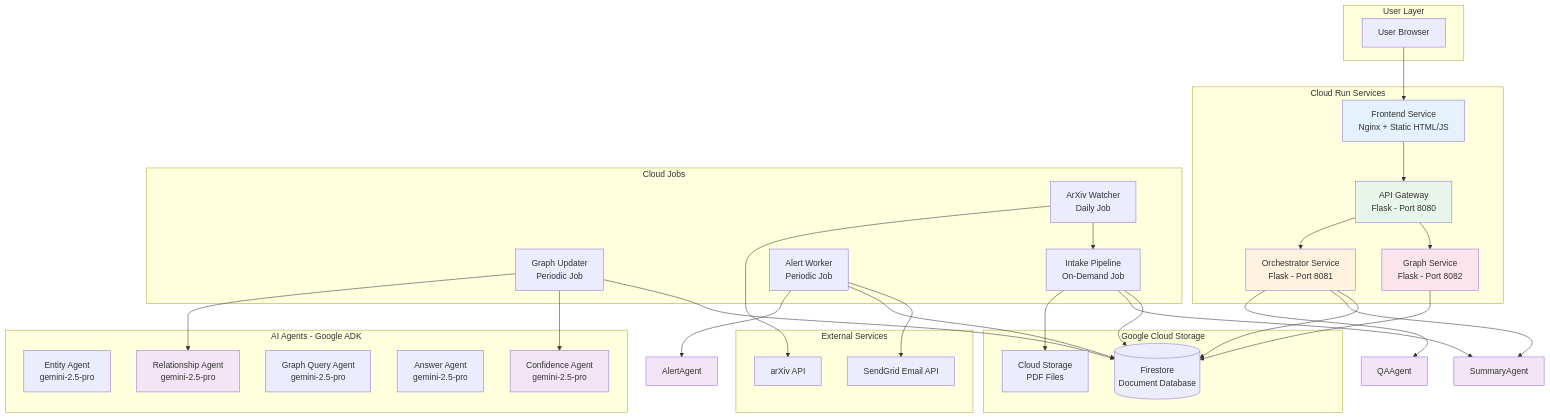
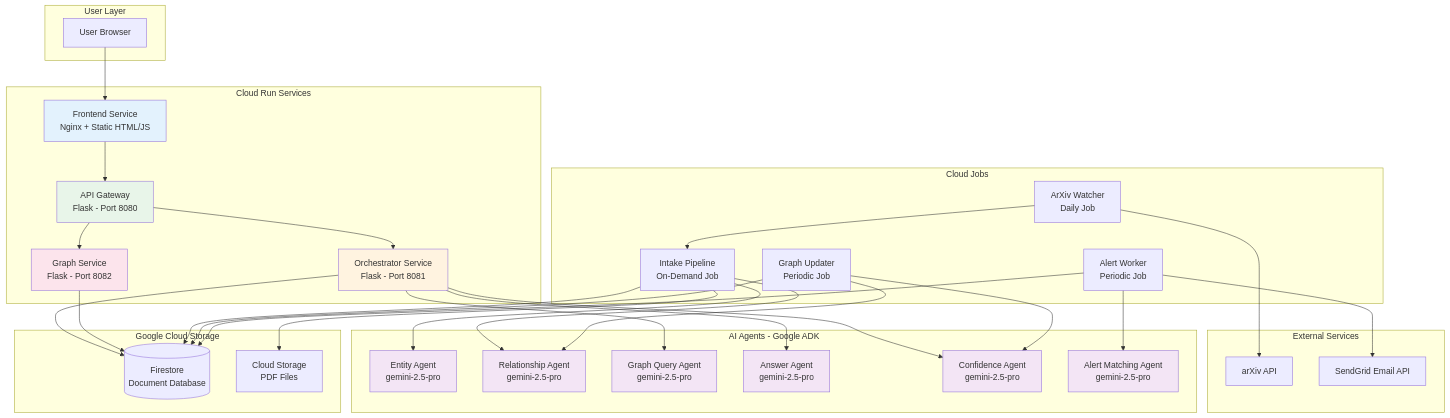
The first of 8 diagrams in ARCHITECTURE.md (kar-ganap/research-intelligence-agents), drawn with Mermaid before and after one commit. The commit also changed other lines of this file and 31 other files, not shown here.

````diff
--- a/ARCHITECTURE.md
+++ b/ARCHITECTURE.md
@@ -9,74 +9,78 @@
 ```mermaid
 graph TB
     subgraph "User Layer"
         User[User Browser]
     end
 
     subgraph "Cloud Run Services"
         Frontend[Frontend Service<br/>Nginx + Static HTML/JS]
         APIGateway[API Gateway<br/>Flask - Port 8080]
         Orchestrator[Orchestrator Service<br/>Flask - Port 8081]
         GraphService[Graph Service<br/>Flask - Port 8082]
     end
 
     subgraph "Cloud Jobs"
         ArxivWatcher[ArXiv Watcher<br/>Daily Job]
         GraphUpdater[Graph Updater<br/>Periodic Job]
         IntakePipeline[Intake Pipeline<br/>On-Demand Job]
         AlertWorker[Alert Worker<br/>Periodic Job]
     end
 
     subgraph "Google Cloud Storage"
         Firestore[(Firestore<br/>Document Database)]
         CloudStorage[Cloud Storage<br/>PDF Files]
     end
 
     subgraph "AI Agents - Google ADK"
         EntityAgent[Entity Agent<br/>gemini-2.5-pro]
         RelAgent[Relationship Agent<br/>gemini-2.5-pro]
         GraphQueryAgent[Graph Query Agent<br/>gemini-2.5-pro]
         AnswerAgent[Answer Agent<br/>gemini-2.5-pro]
         ConfAgent[Confidence Agent<br/>gemini-2.5-pro]
+        AlertAgent[Alert Matching Agent<br/>gemini-2.5-pro]
     end
 
     subgraph "External Services"
         ArxivAPI[arXiv API]
         SendGrid[SendGrid Email API]
     end
 
     User --> Frontend
     Frontend --> APIGateway
     APIGateway --> Orchestrator
     APIGateway --> GraphService
 
-    Orchestrator --> QAAgent
-    Orchestrator --> SummaryAgent
+    Orchestrator --> AnswerAgent
+    Orchestrator --> ConfAgent
+    Orchestrator --> GraphQueryAgent
     Orchestrator --> Firestore
 
     GraphService --> Firestore
 
     ArxivWatcher --> ArxivAPI
     ArxivWatcher --> IntakePipeline
 
     IntakePipeline --> CloudStorage
-    IntakePipeline --> SummaryAgent
+    IntakePipeline --> EntityAgent
+    IntakePipeline --> RelAgent
     IntakePipeline --> Firestore
 
     GraphUpdater --> RelAgent
     GraphUpdater --> ConfAgent
     GraphUpdater --> Firestore
 
     AlertWorker --> AlertAgent
     AlertWorker --> Firestore
     AlertWorker --> SendGrid
 
     style Frontend fill:#e3f2fd
     style APIGateway fill:#e8f5e9
     style Orchestrator fill:#fff3e0
     style GraphService fill:#fce4ec
-    style QAAgent fill:#f3e5f5
-    style SummaryAgent fill:#f3e5f5
+    style EntityAgent fill:#f3e5f5
     style RelAgent fill:#f3e5f5
+    style GraphQueryAgent fill:#f3e5f5
+    style AnswerAgent fill:#f3e5f5
     style ConfAgent fill:#f3e5f5
     style AlertAgent fill:#f3e5f5
 ```
````
